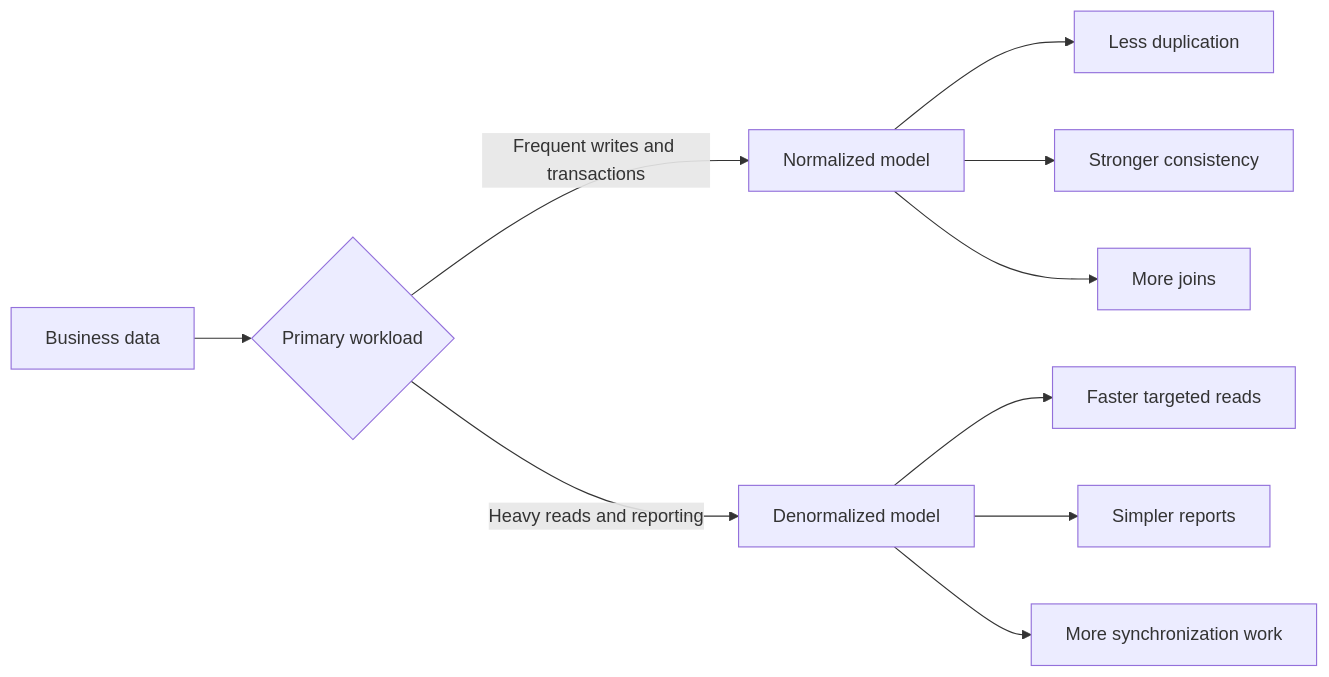
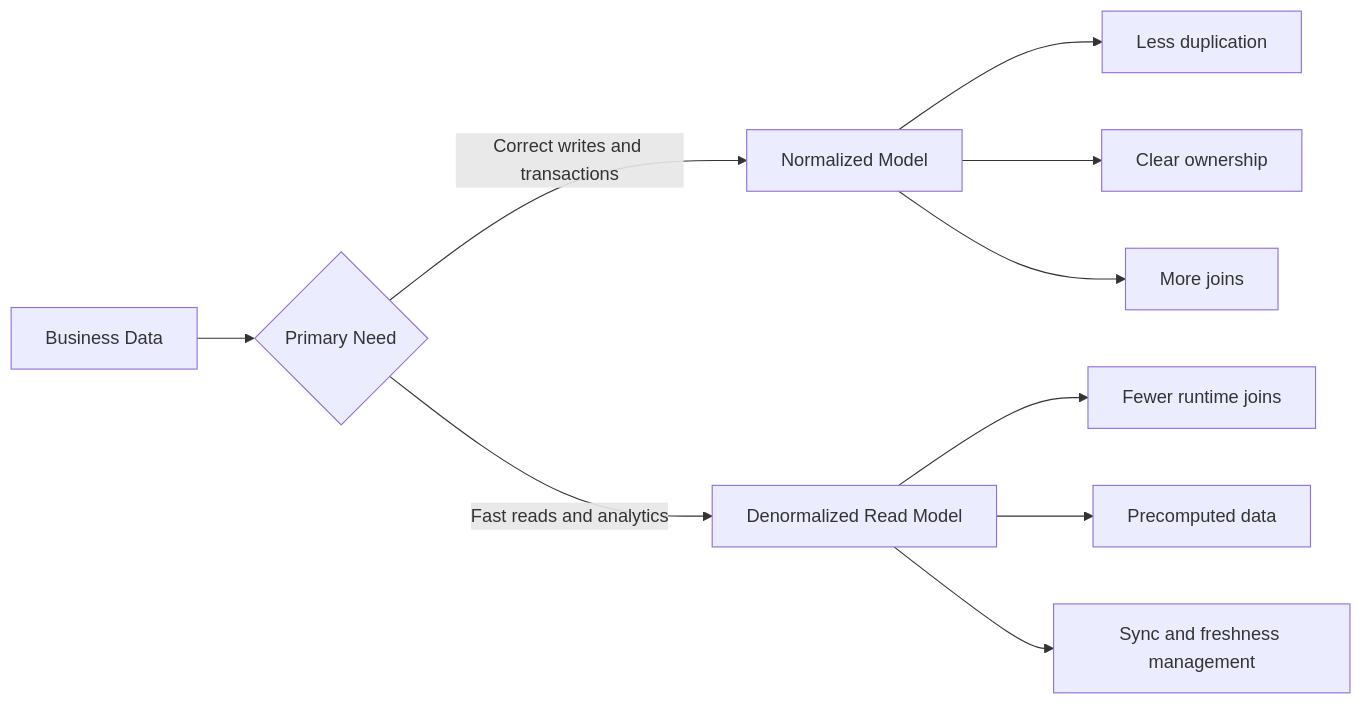
One commit to AvadhBhalodiya/Interview-Preparation changed the first of 3 diagrams in src/content/databases/normalization-denormalization.md. Above: the diagram before and after it, drawn with Mermaid. The commit also changed other lines of this file and 80 other files, not shown here.

````diff
--- a/src/content/databases/normalization-denormalization.md
+++ b/src/content/databases/normalization-denormalization.md
@@ -21,14 +23,15 @@
 ```mermaid
 flowchart LR
-    A[Business data] --> B{Primary workload}
-    B -->|Frequent writes and transactions| C[Normalized model]
-    B -->|Heavy reads and reporting| D[Denormalized model]
+    A[Business Data] --> B{Primary Need}
+
+    B -->|Correct writes and transactions| C[Normalized Model]
+    B -->|Fast reads and analytics| D[Denormalized Read Model]
 
     C --> E[Less duplication]
-    C --> F[Stronger consistency]
+    C --> F[Clear ownership]
     C --> G[More joins]
 
-    D --> H[Faster targeted reads]
-    D --> I[Simpler reports]
-    D --> J[More synchronization work]
+    D --> H[Fewer runtime joins]
+    D --> I[Precomputed data]
+    D --> J[Sync and freshness management]
 ```
````
